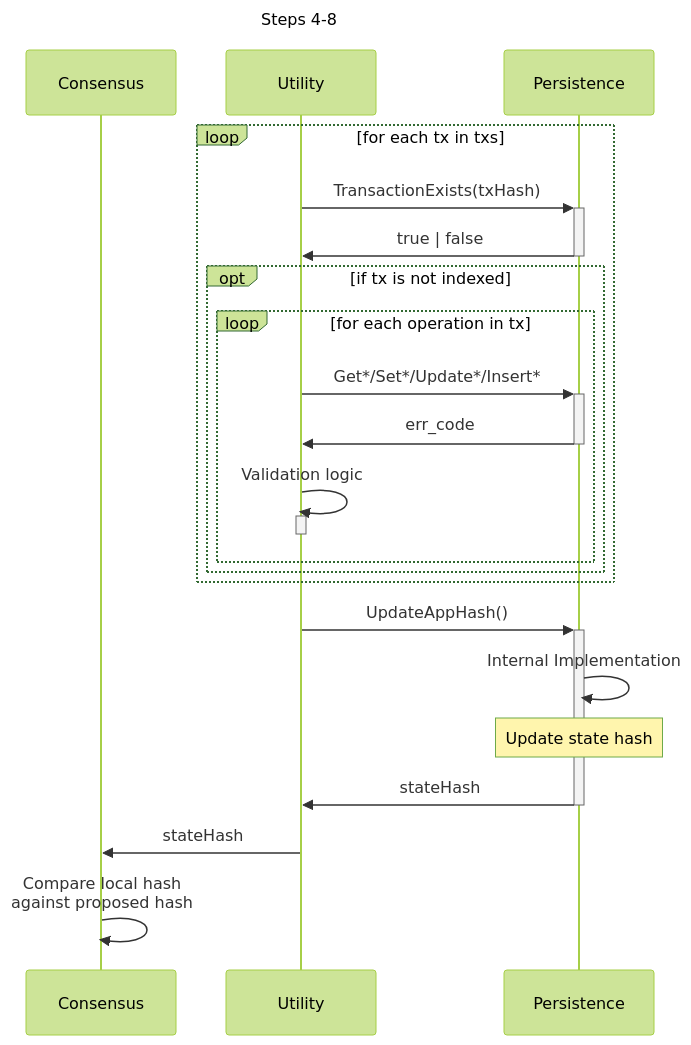
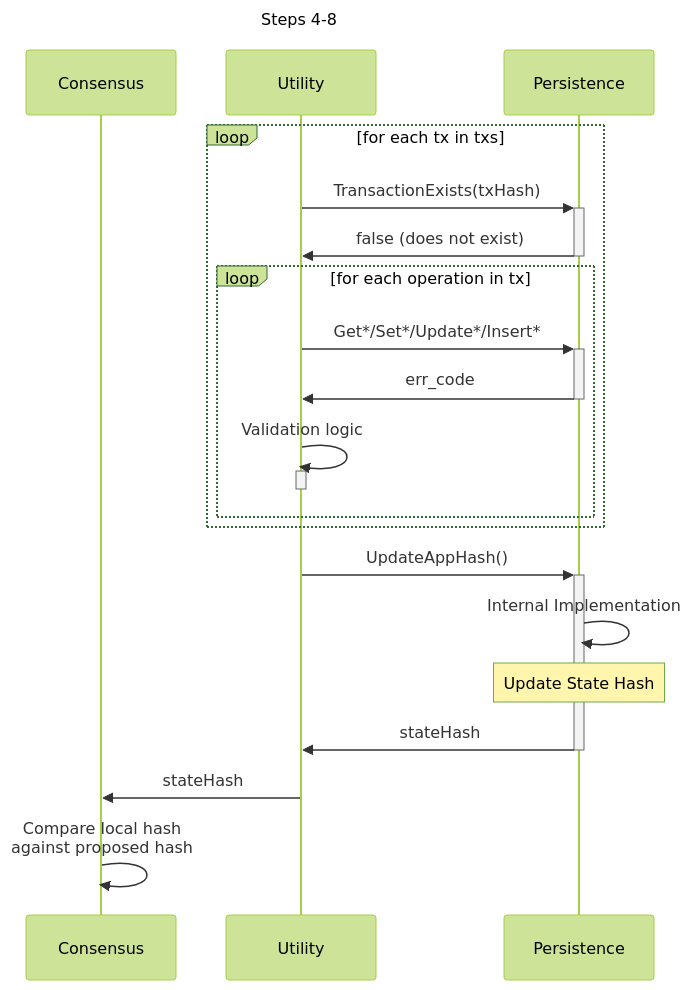
One commit to pokt-network/pocket changed the fifth of 5 diagrams in shared/docs/PROTOCOL_STATE_HASH.md. Above: the diagram before and after it, drawn with Mermaid (forest theme). The commit also changed other lines of this file and 33 other files, not shown here.

````diff
--- a/shared/docs/PROTOCOL_STATE_HASH.md
+++ b/shared/docs/PROTOCOL_STATE_HASH.md
@@ -147,29 +150,28 @@
 ```mermaid
 sequenceDiagram
     title Steps 4-8
     participant C as Consensus
     participant U as Utility
     participant P as Persistence
 
     loop for each tx in txs
         U->>+P: TransactionExists(txHash)
-        P->>-U: true | false
-        opt if tx is not indexed
-            loop for each operation in tx
-                U->>+P: Get*/Set*/Update*/Insert*
-                P->>-U: err_code
-                U->>U: Validation logic
-                activate U
-                deactivate U
-            end
+        P->>-U: false (does not exist)
+        loop for each operation in tx
+            U->>+P: Get*/Set*/Update*/Insert*
+            P->>-U: err_code
+            U->>U: Validation logic
+            activate U
+            deactivate U
         end
     end
+    %% TODO: Consolidate AppHash and StateHash
     U->>+P: UpdateAppHash()
     P->>P: Internal Implementation
-    Note over P: Update state hash
+    Note over P: Update State Hash
     P->>-U: stateHash
     U->>C: stateHash
 
     %% Validate the updated hash
     C->>C: Compare local hash<br>against proposed hash
 ```
````
